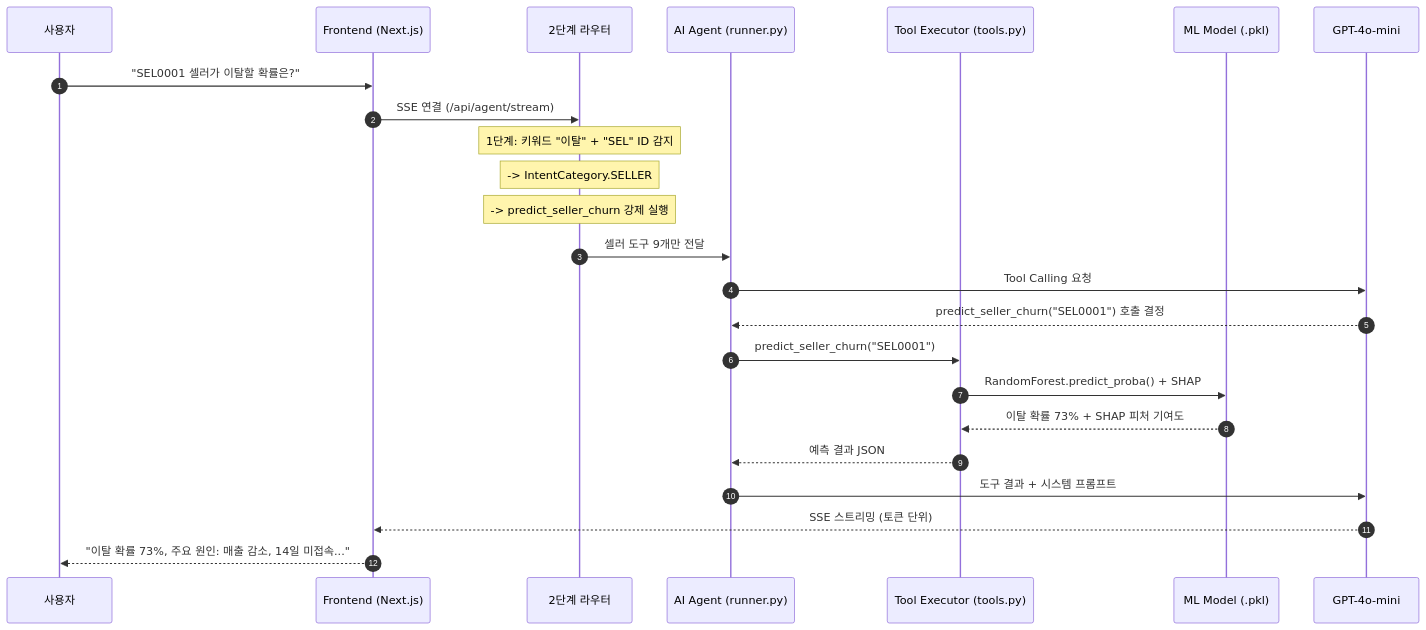
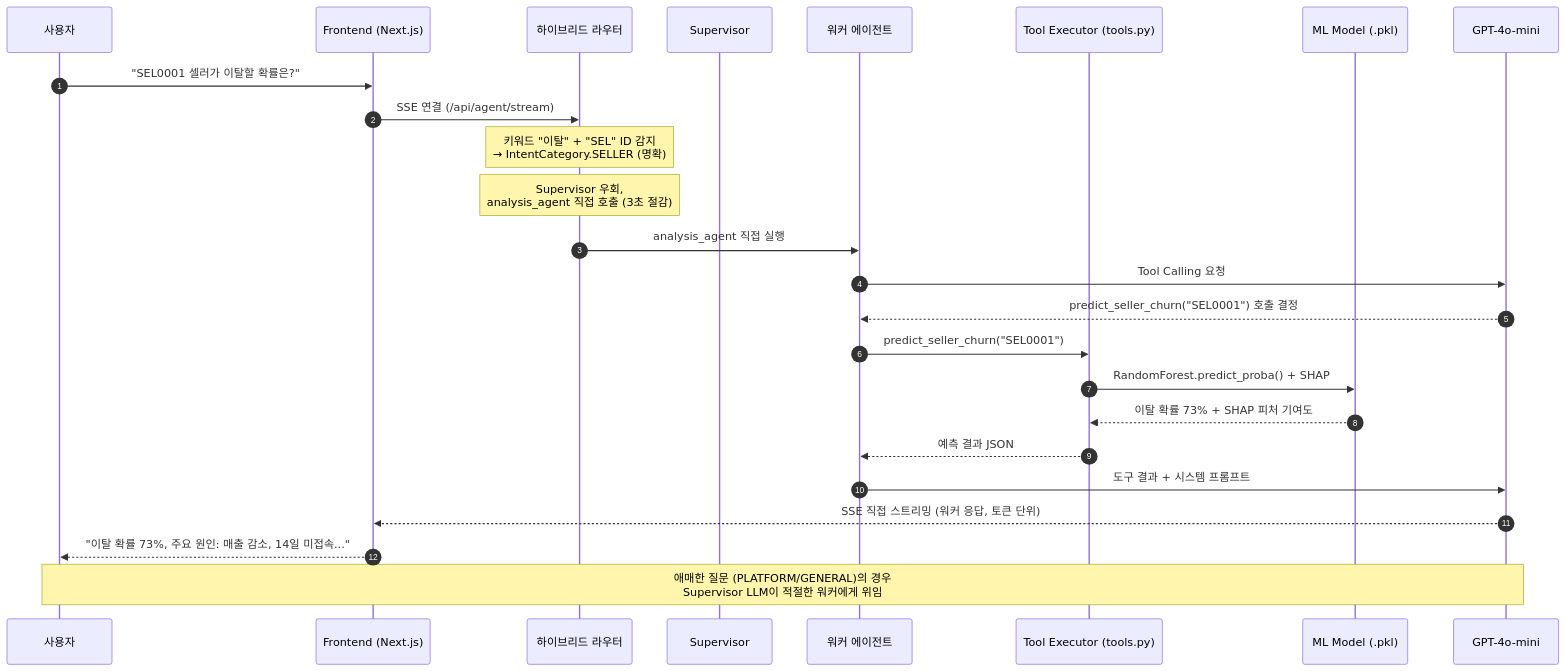
One commit to ASNGG/cafe24-demo changed the second of 8 diagrams in README.md. Above: the diagram before and after it, drawn with Mermaid. The commit also changed other lines of this file and 10 other files, not shown here.

````diff
--- a/README.md
+++ b/README.md
@@ -205,31 +225,33 @@
 ```mermaid
 sequenceDiagram
     autonumber
     participant User as 사용자
     participant FE as Frontend (Next.js)
-    participant Router as 2단계 라우터
-    participant Agent as AI Agent (runner.py)
+    participant Router as 하이브리드 라우터
+    participant Sup as Supervisor
+    participant Worker as 워커 에이전트
     participant Tool as Tool Executor (tools.py)
     participant ML as ML Model (.pkl)
     participant LLM as GPT-4o-mini
 
     User->>FE: "SEL0001 셀러가 이탈할 확률은?"
     FE->>Router: SSE 연결 (/api/agent/stream)
 
-    Note over Router: 1단계: 키워드 "이탈" + "SEL" ID 감지
-    Note over Router: -> IntentCategory.SELLER
-    Note over Router: -> predict_seller_churn 강제 실행
-    Router->>Agent: 셀러 도구 9개만 전달
+    Note over Router: 키워드 "이탈" + "SEL" ID 감지<br/>→ IntentCategory.SELLER (명확)
+    Note over Router: Supervisor 우회,<br/>analysis_agent 직접 호출 (3초 절감)
+    Router->>Worker: analysis_agent 직접 실행
 
-    Agent->>LLM: Tool Calling 요청
-    LLM-->>Agent: predict_seller_churn("SEL0001") 호출 결정
+    Worker->>LLM: Tool Calling 요청
+    LLM-->>Worker: predict_seller_churn("SEL0001") 호출 결정
 
-    Agent->>Tool: predict_seller_churn("SEL0001")
+    Worker->>Tool: predict_seller_churn("SEL0001")
     Tool->>ML: RandomForest.predict_proba() + SHAP
     ML-->>Tool: 이탈 확률 73% + SHAP 피처 기여도
-    Tool-->>Agent: 예측 결과 JSON
+    Tool-->>Worker: 예측 결과 JSON
 
-    Agent->>LLM: 도구 결과 + 시스템 프롬프트
-    LLM-->>FE: SSE 스트리밍 (토큰 단위)
+    Worker->>LLM: 도구 결과 + 시스템 프롬프트
+    LLM-->>FE: SSE 직접 스트리밍 (워커 응답, 토큰 단위)
     FE-->>User: "이탈 확률 73%, 주요 원인: 매출 감소, 14일 미접속..."
+
+    Note over User,LLM: 애매한 질문 (PLATFORM/GENERAL)의 경우<br/>Supervisor LLM이 적절한 워커에게 위임
 ```
````
